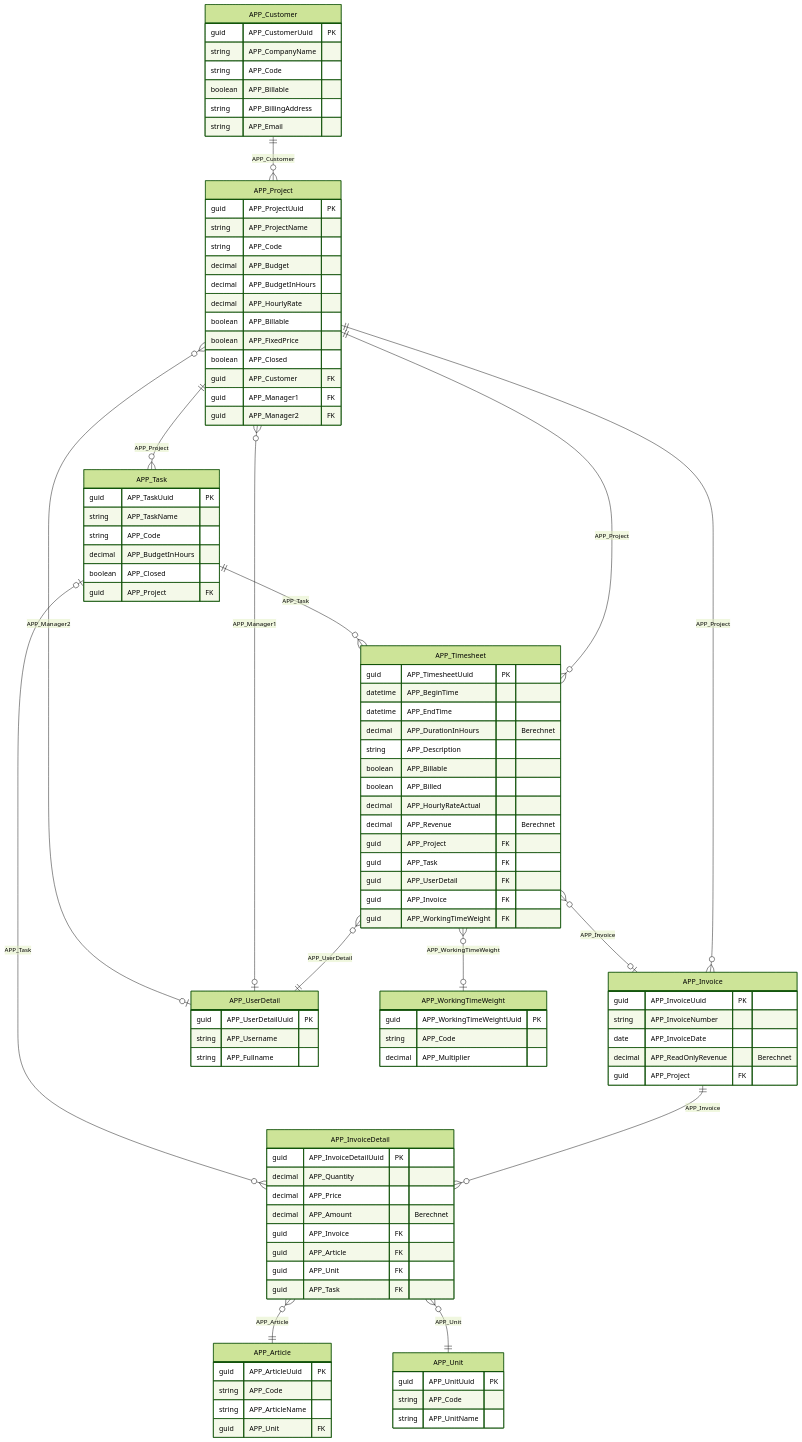
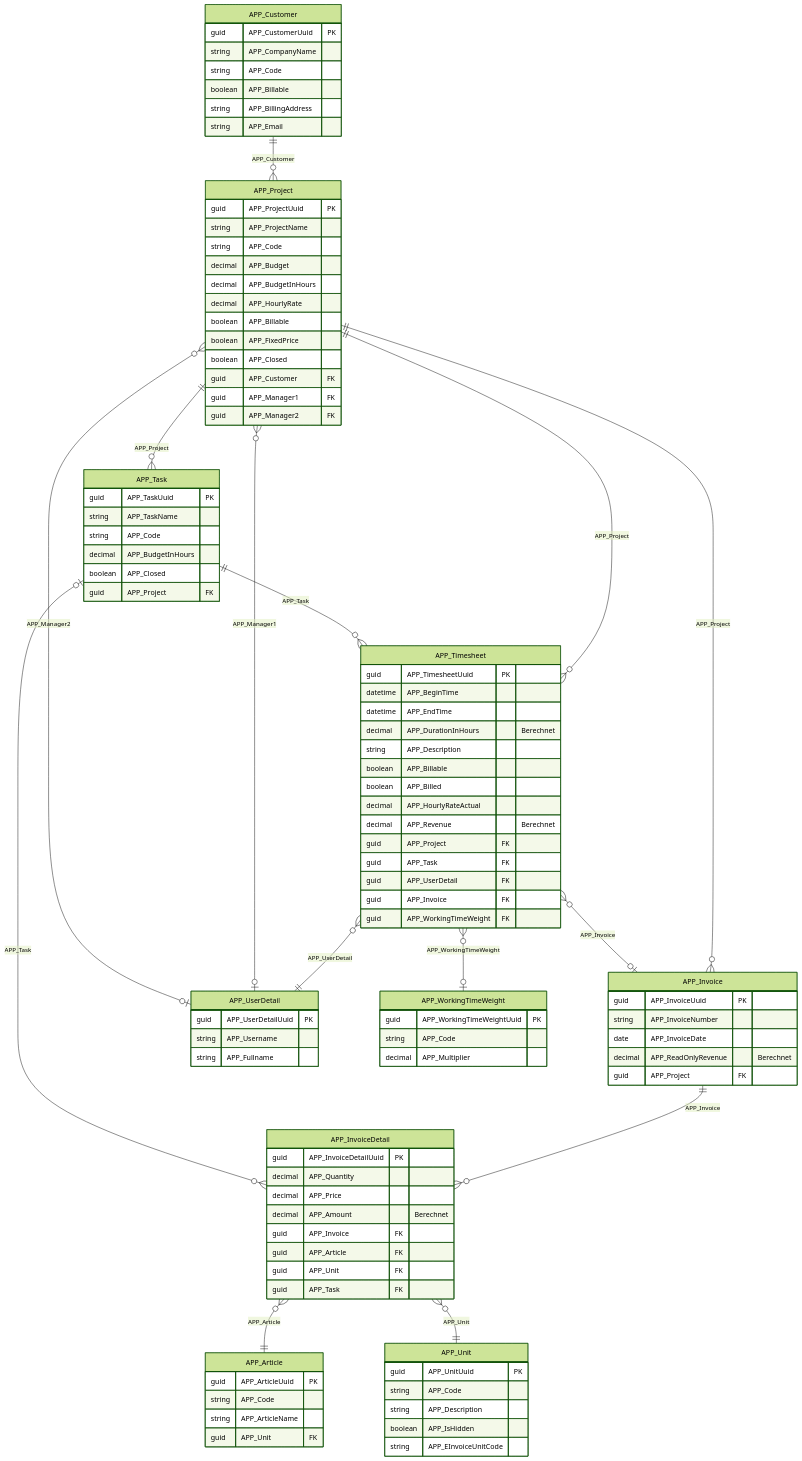
Before and after one commit to software-architects/time-cockpit-documentation: the first of 4 diagrams in de/doc/datenmodell/entitaetsbeziehungen.md, drawn with Mermaid (forest theme). The commit also changed other lines of this file and 9 other files, not shown here.

```diff
--- a/de/doc/datenmodell/entitaetsbeziehungen.md
+++ b/de/doc/datenmodell/entitaetsbeziehungen.md
@@ -108,7 +108,9 @@
     APP_Unit {
         guid APP_UnitUuid PK
         string APP_Code
-        string APP_UnitName
+        string APP_Description
+        boolean APP_IsHidden
+        string APP_EInvoiceUnitCode
     }
 
     APP_UserDetail {
```
